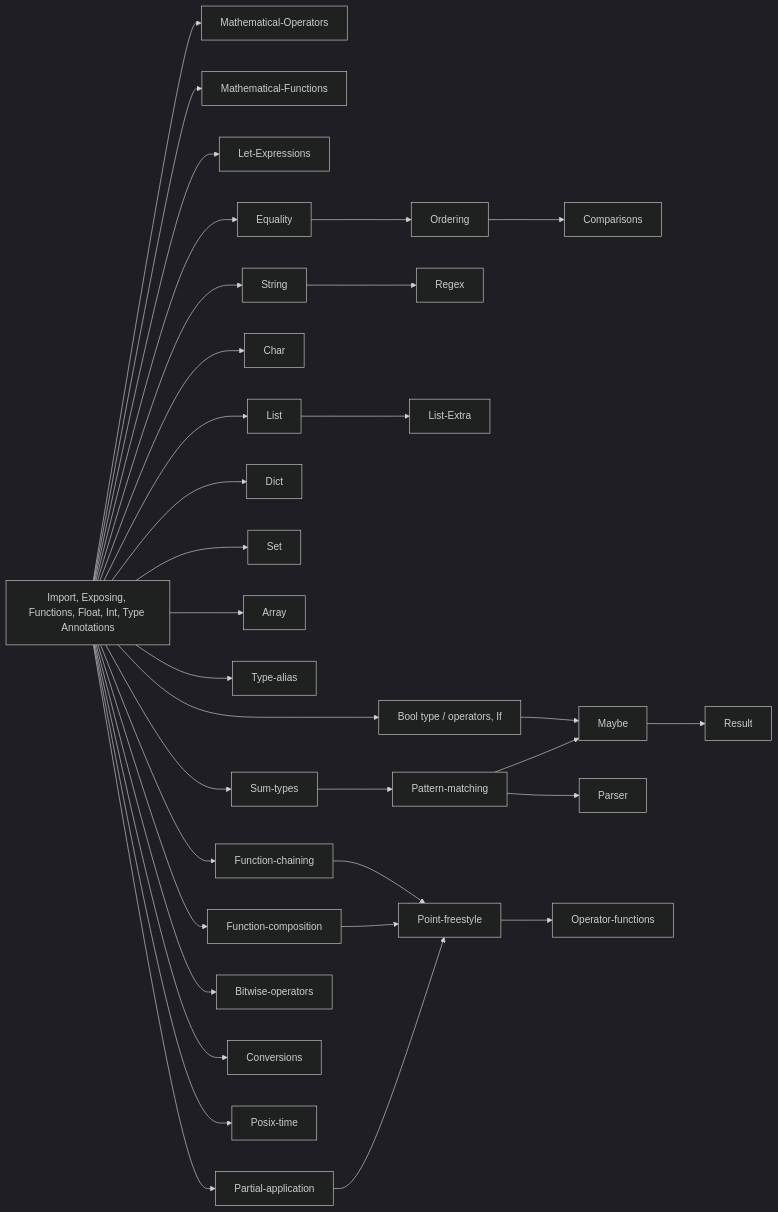
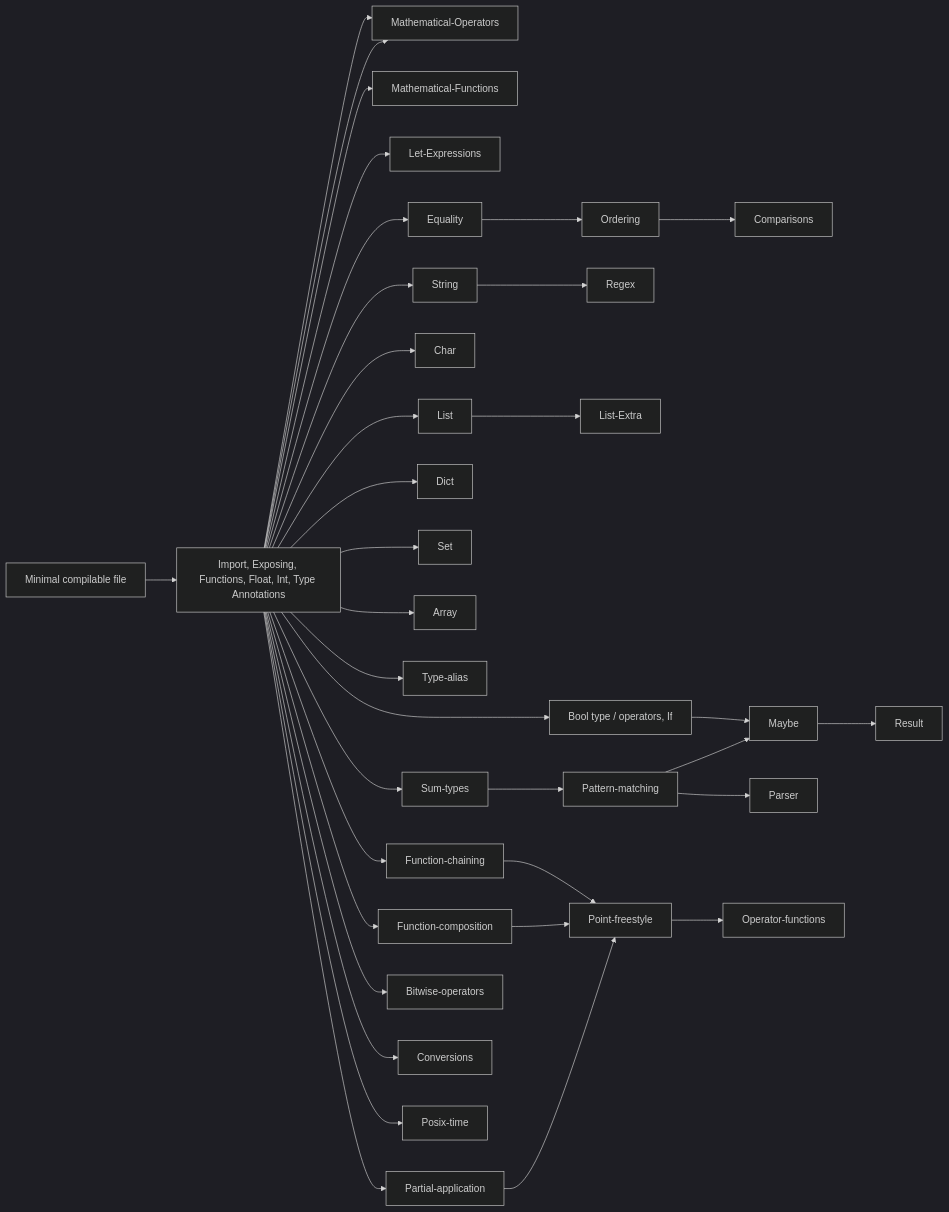
Before and after one commit to exercism/v3: the diagram in languages/elm/README.md, drawn with Mermaid (dark theme). The commit also changed other lines of this file, not shown here.

Commit message:
Add basics / minimal compilable file

````diff
--- a/languages/elm/README.md
+++ b/languages/elm/README.md
@@ -66,35 +66,36 @@
 ```mermaid
 graph LR
-  Independents[Import, Exposing, Functions, Float, Int, Type Annotations] --> Mathematical-Operators
+  Basics[Minimal compilable file] --> Independents[Import, Exposing, Functions, Float, Int, Type Annotations] --> Mathematical-Operators
+  Independents --> Mathematical-Operators
   Independents --> Mathematical-Functions
   Independents --> Let-Expressions
   Independents --> Equality
   Equality --> Ordering
   Ordering --> Comparisons
   Independents --> String
   String --> Regex
   Independents --> Char
   Independents --> List
   List --> List-Extra
   Independents --> Dict
   Independents --> Set
   Independents --> Array
   Independents --> Type-alias
   Independents --> Sum-types
   Independents --> Booleans[Bool type / operators, If]
   Sum-types --> Pattern-matching
   Pattern-matching --> Maybe
   Booleans --> Maybe
   Maybe --> Result
   Pattern-matching --> Parser
   Independents --> Function-composition
   Independents --> Function-chaining
   Independents --> Partial-application
   Partial-application --> Point-freestyle
   Function-composition --> Point-freestyle
   Function-chaining --> Point-freestyle
   Point-freestyle --> Operator-functions
   Independents --> Bitwise-operators
   Independents --> Conversions
   Independents --> Posix-time
 ```
````
